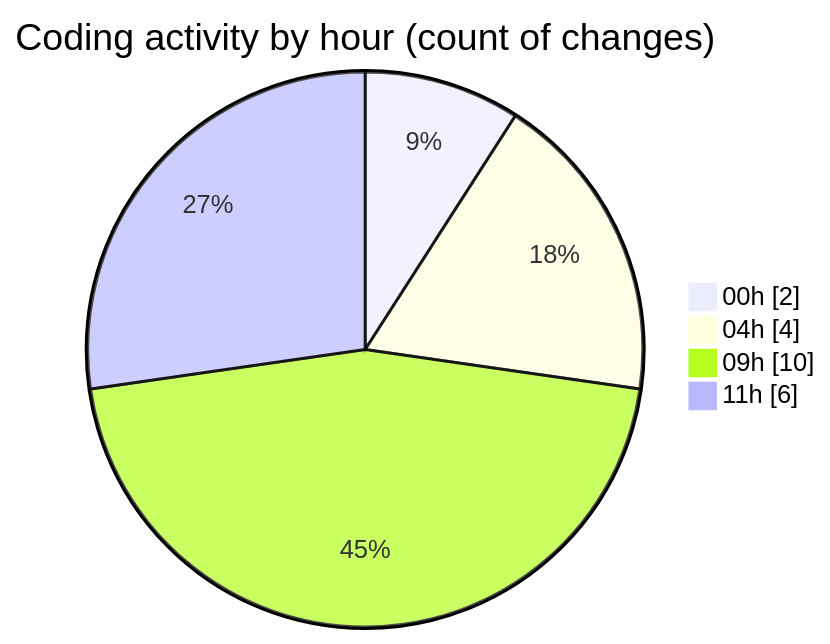
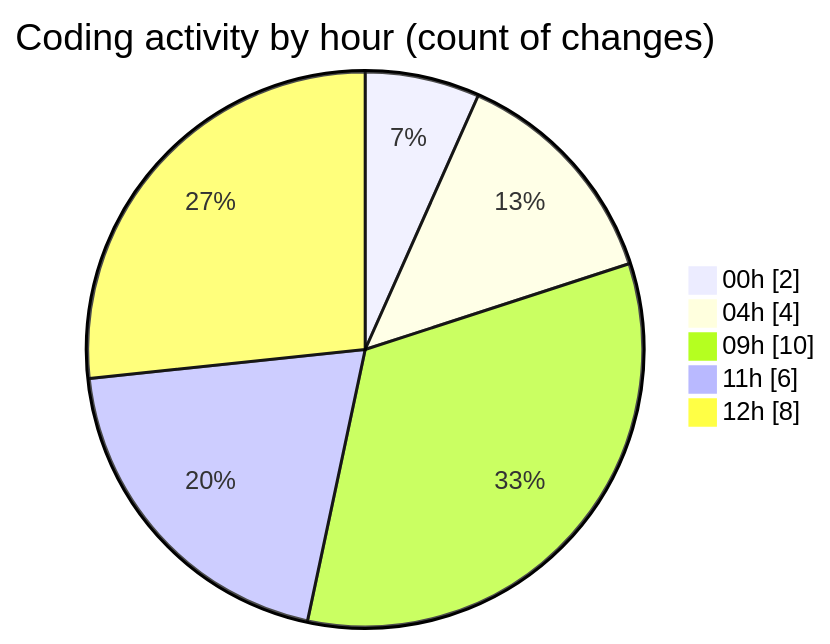
The second of 2 diagrams in 2025-10-28/eventscop-frontend-guide__workspace_/README.md (julien-gomy/code-tracking), drawn with Mermaid before and after one commit. The commit also changed other lines of this file and 1 other file, not shown here.

````diff
--- a/2025-10-28/eventscop-frontend-guide__workspace_/README.md
+++ b/2025-10-28/eventscop-frontend-guide__workspace_/README.md
@@ -36,8 +37,9 @@
 ```mermaid
 pie showData
 title Coding activity by hour (count of changes)
 "00h" : 2
 "04h" : 4
 "09h" : 10
 "11h" : 6
+"12h" : 8
 ```
````
